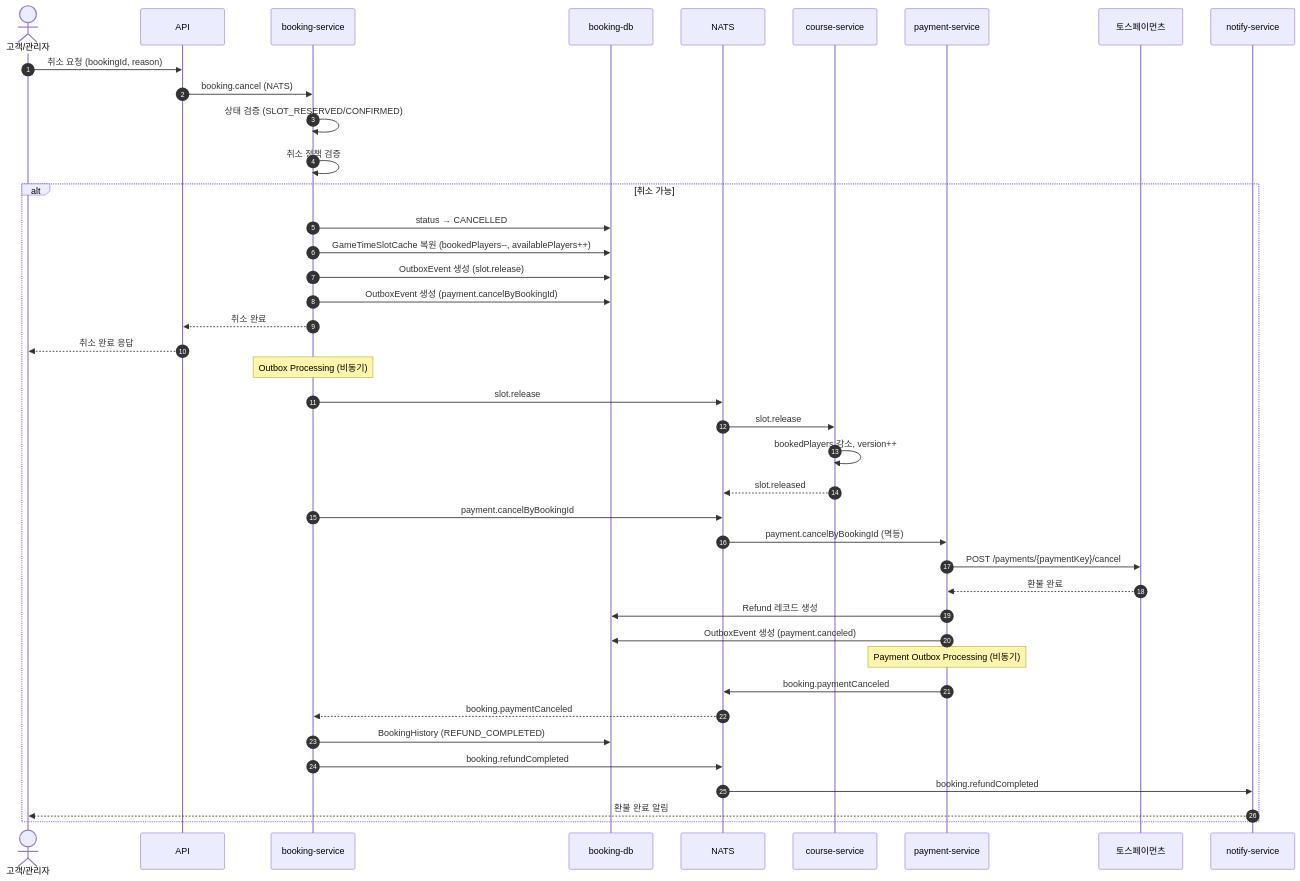
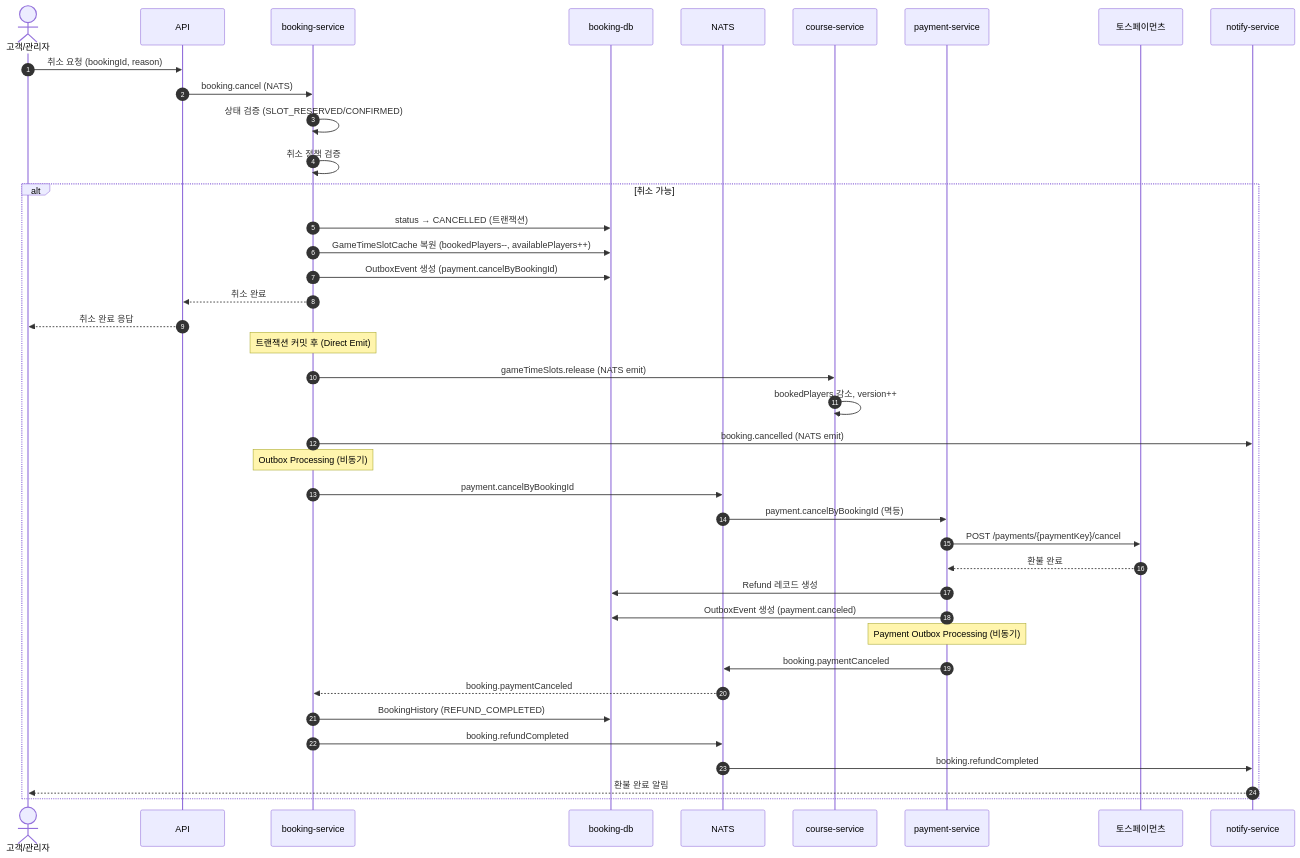
One commit to uniyous/parkgolf-platform changed diagram 12 of 18 in docs/workflow/BOOKING.md. Above: the diagram before and after it, drawn with Mermaid. The commit also changed other lines of this file and 10 other files, not shown here.

````diff
--- a/docs/workflow/BOOKING.md
+++ b/docs/workflow/BOOKING.md
@@ -835,49 +946,48 @@
 ```mermaid
 sequenceDiagram
     autonumber
     actor User as 고객/관리자
     participant API as API
     participant BS as booking-service
     participant DB1 as booking-db
     participant NATS as NATS
     participant CS as course-service
     participant PS as payment-service
     participant TOSS as 토스페이먼츠
     participant NS as notify-service
 
     User->>API: 취소 요청 (bookingId, reason)
     API->>BS: booking.cancel (NATS)
 
     BS->>BS: 상태 검증 (SLOT_RESERVED/CONFIRMED)
     BS->>BS: 취소 정책 검증
 
     alt 취소 가능
-        BS->>DB1: status → CANCELLED
+        BS->>DB1: status → CANCELLED (트랜잭션)
         BS->>DB1: GameTimeSlotCache 복원 (bookedPlayers--, availablePlayers++)
-        BS->>DB1: OutboxEvent 생성 (slot.release)
         BS->>DB1: OutboxEvent 생성 (payment.cancelByBookingId)
         BS-->>API: 취소 완료
         API-->>User: 취소 완료 응답
 
+        Note over BS: 트랜잭션 커밋 후 (Direct Emit)
+        BS->>CS: gameTimeSlots.release (NATS emit)
+        CS->>CS: bookedPlayers 감소, version++
+        BS->>NS: booking.cancelled (NATS emit)
+
         Note over BS: Outbox Processing (비동기)
-        BS->>NATS: slot.release
-        NATS->>CS: slot.release
-        CS->>CS: bookedPlayers 감소, version++
-        CS-->>NATS: slot.released
-
         BS->>NATS: payment.cancelByBookingId
         NATS->>PS: payment.cancelByBookingId (멱등)
         PS->>TOSS: POST /payments/{paymentKey}/cancel
         TOSS-->>PS: 환불 완료
         PS->>DB1: Refund 레코드 생성
         PS->>DB1: OutboxEvent 생성 (payment.canceled)
 
         Note over PS: Payment Outbox Processing (비동기)
         PS->>NATS: booking.paymentCanceled
         NATS-->>BS: booking.paymentCanceled
         BS->>DB1: BookingHistory (REFUND_COMPLETED)
         BS->>NATS: booking.refundCompleted
         NATS->>NS: booking.refundCompleted
         NS-->>User: 환불 완료 알림
     end
 ```
````
